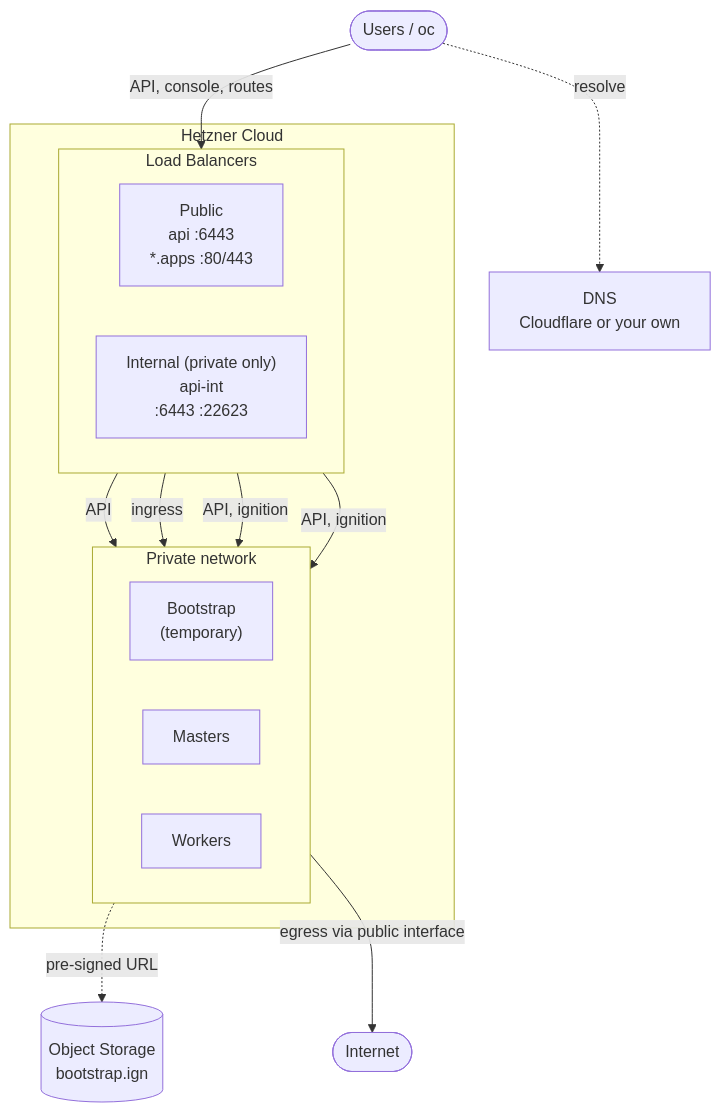
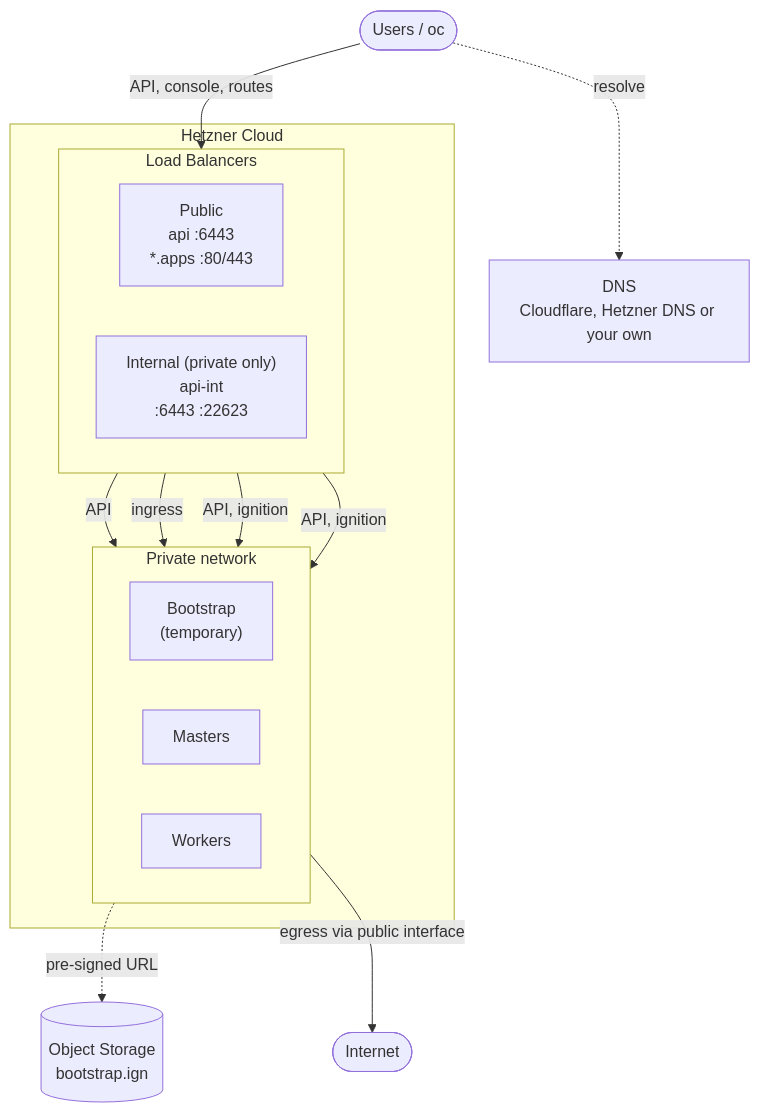
Before and after one commit to slauger/hcloud-okd4: the diagram in README.md, drawn with Mermaid. The commit also changed other lines of this file and 1 other file, not shown here.

First line of the commit message:
docs: describe Hetzner DNS as DNS provider

````diff
--- a/README.md
+++ b/README.md
@@ -24,30 +24,30 @@
 ```mermaid
 flowchart TB
   user(["Users / oc"])
-  dns["DNS<br/>Cloudflare or your own"]
+  dns["DNS<br/>Cloudflare, Hetzner DNS or your own"]
 
   subgraph hcloud["Hetzner Cloud"]
     subgraph lbs["Load Balancers"]
       direction LR
       lb["Public<br/>api :6443<br/>*.apps :80/443"]
       lbint["Internal (private only)<br/>api-int<br/>:6443 :22623"]
     end
     subgraph net["Private network"]
       direction LR
       bootstrap["Bootstrap<br/>(temporary)"]
       master["Masters"]
       workers["Workers"]
     end
   end
 
   internet(["Internet"])
   s3[("Object Storage<br/>bootstrap.ign")]
 
   user -.->|"resolve"| dns
   user -->|"API, console, routes"| lb
   lb -->|"API"| master
   lb -->|"ingress"| workers
   lbint -->|"API, ignition"| bootstrap & master
   net -->|"egress via public interface"| internet
   bootstrap -.->|"pre-signed URL"| s3
 ```
````
